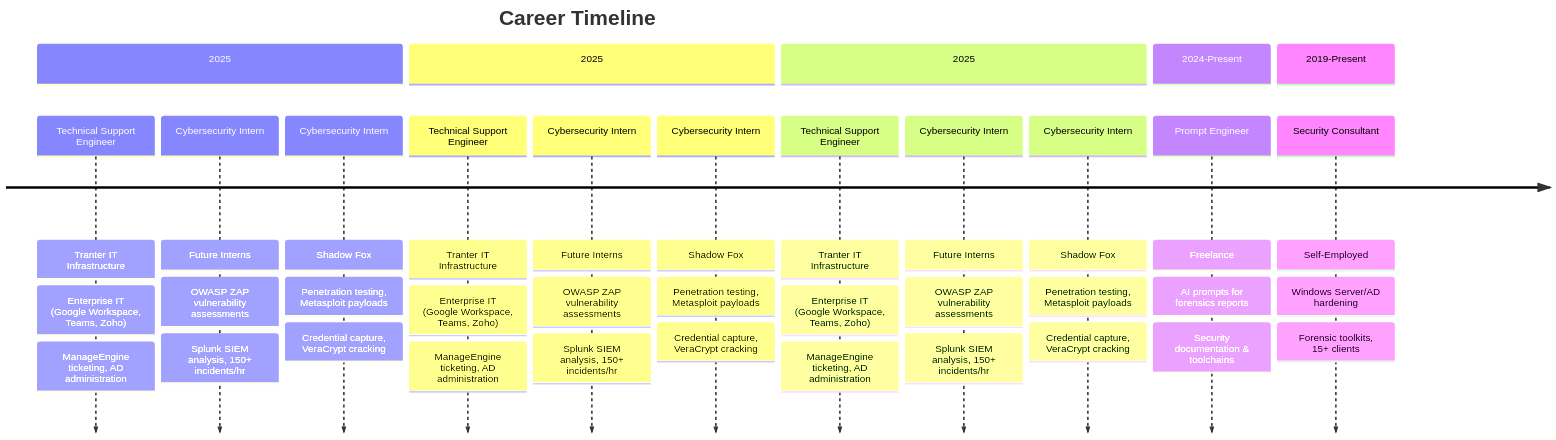
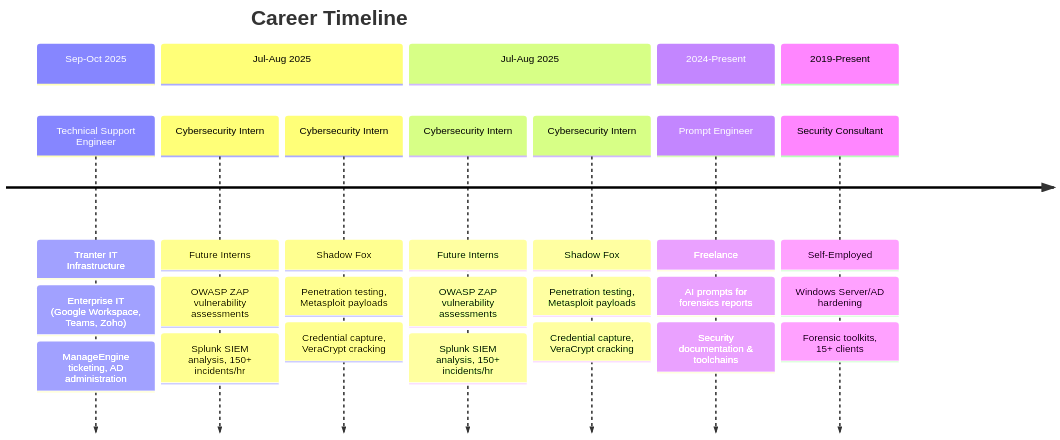
One commit to Hao-Tec/Hao-Tec changed the diagram in README.md. Above: the diagram before and after it, drawn with Mermaid.

Commit message:
🔧 Fix duplicate 2025 sections in career timeline

````diff
--- a/README.md
+++ b/README.md
@@ -131,24 +131,24 @@
 ```mermaid
 timeline
     title Career Timeline
-    section 2025
+    section Sep-Oct 2025
         Technical Support Engineer : Tranter IT Infrastructure
         : Enterprise IT (Google Workspace, Teams, Zoho)
         : ManageEngine ticketing, AD administration
-    section 2025
+    section Jul-Aug 2025
         Cybersecurity Intern : Future Interns
         : OWASP ZAP vulnerability assessments
         : Splunk SIEM analysis, 150+ incidents/hr
-    section 2025
+    section Jul-Aug 2025
         Cybersecurity Intern : Shadow Fox
         : Penetration testing, Metasploit payloads
         : Credential capture, VeraCrypt cracking
     section 2024-Present
         Prompt Engineer : Freelance
         : AI prompts for forensics reports
         : Security documentation & toolchains
     section 2019-Present
         Security Consultant : Self-Employed
         : Windows Server/AD hardening
         : Forensic toolkits, 15+ clients
 ```
````
